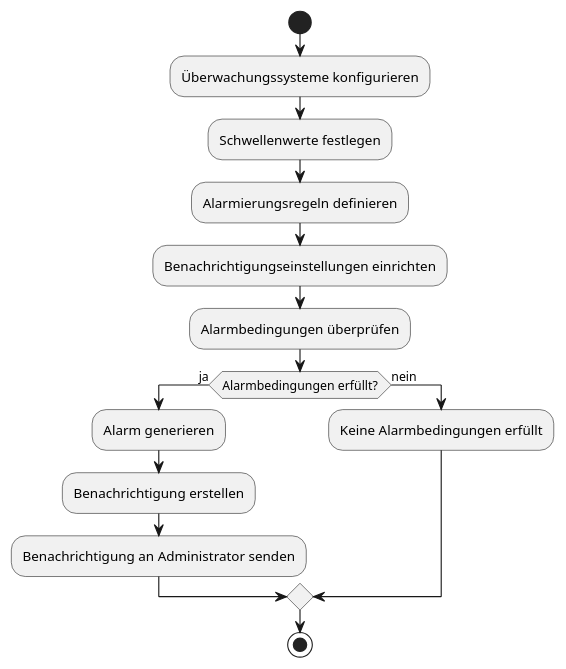
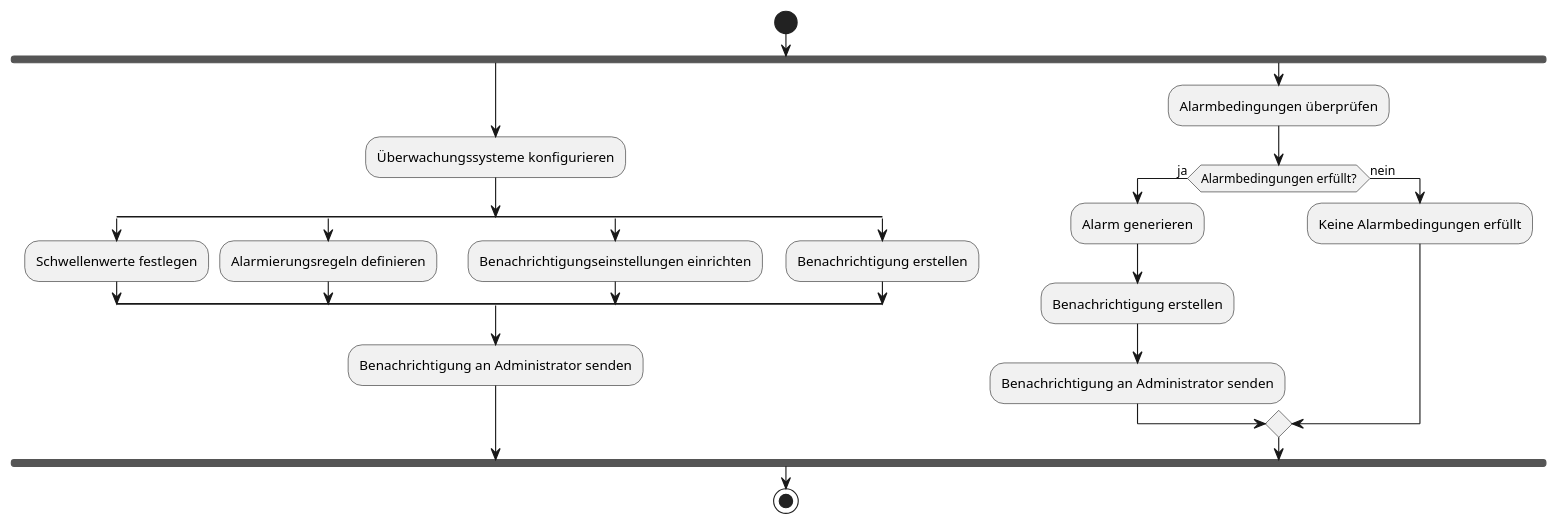
The ninth of 14 diagrams in docs/2_planning/3_activity_diagrams.md (helenlaible/ss23-kba-project), drawn with PlantUML before and after one commit. The commit also changed other lines of this file, not shown here.

````diff
--- a/docs/2_planning/3_activity_diagrams.md
+++ b/docs/2_planning/3_activity_diagrams.md
@@ -224,20 +230,29 @@
 ```plantuml Alarmierung und Benachrichtigungen
 @startuml
 start
-
+fork
 :Überwachungssysteme konfigurieren;
+split
 :Schwellenwerte festlegen;
+split again
 :Alarmierungsregeln definieren;
+split again
 :Benachrichtigungseinstellungen einrichten;
+split again
+:Benachrichtigung erstellen;
+end split
+:Benachrichtigung an Administrator senden;
+fork again
 :Alarmbedingungen überprüfen;
 if (Alarmbedingungen erfüllt?) then (ja)
   :Alarm generieren;
   :Benachrichtigung erstellen;
   :Benachrichtigung an Administrator senden;
 else (nein)
   :Keine Alarmbedingungen erfüllt;
 endif
+end fork
 
 stop
 @enduml
 ```
````
